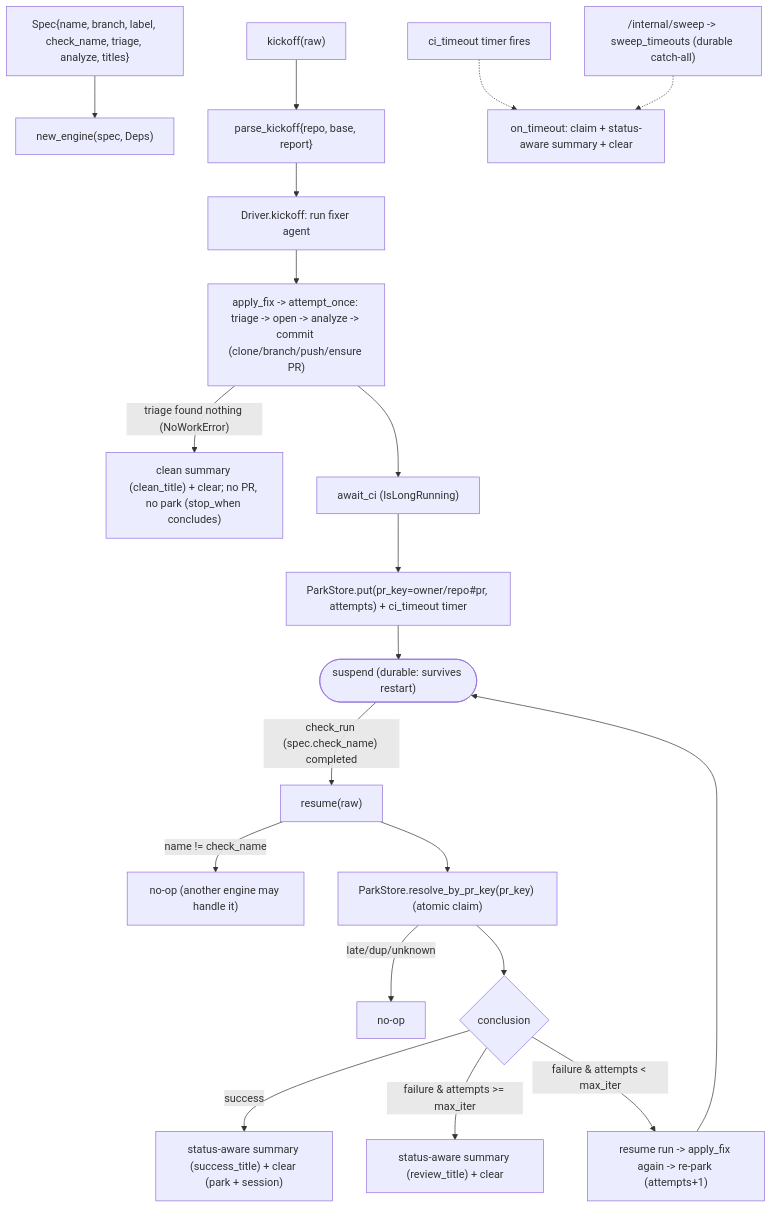
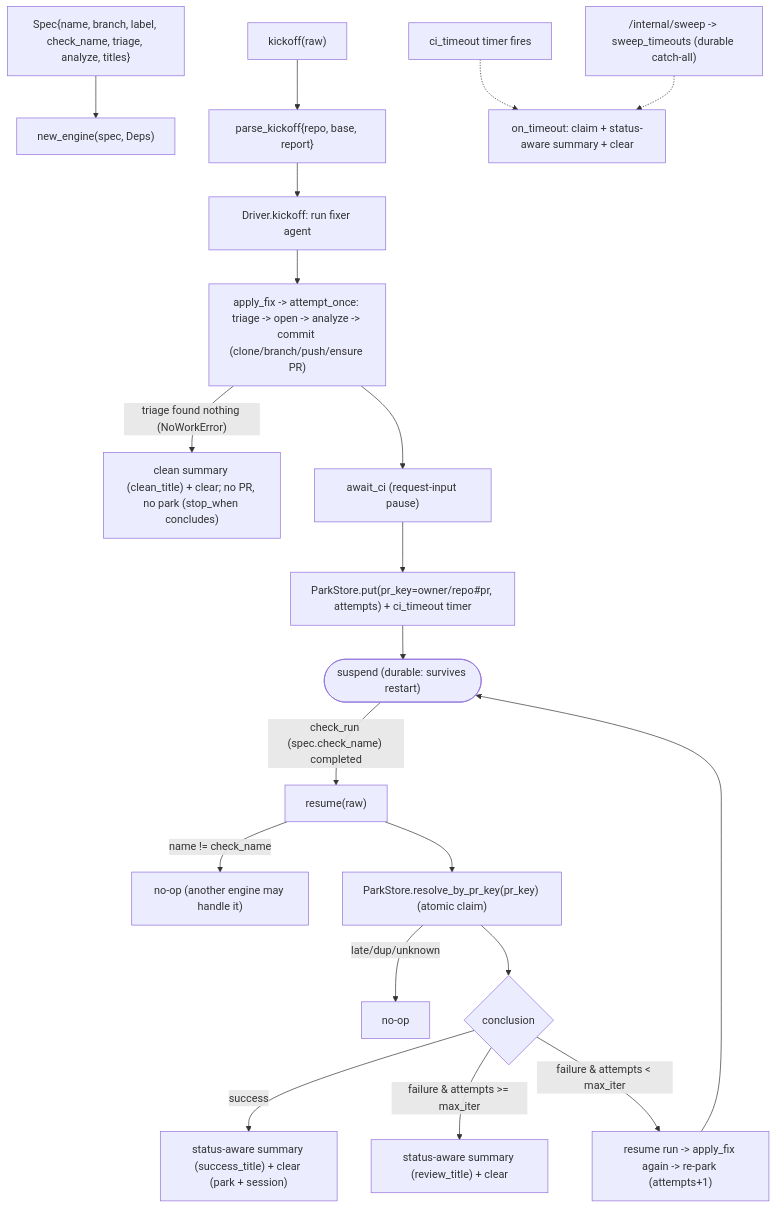
One commit to jkjamies/automation-agent changed the diagram in python/automation_agent/agent/fixflow/AGENTS.md. Above: the diagram before and after it, drawn with Mermaid. The commit also changed other lines of this file and 5 other files, not shown here.

````diff
--- a/python/automation_agent/agent/fixflow/AGENTS.md
+++ b/python/automation_agent/agent/fixflow/AGENTS.md
@@ -31,23 +31,23 @@
 ```mermaid
 flowchart TD
     Spec["Spec{name, branch, label, check_name, triage, analyze, titles}"] --> E["new_engine(spec, Deps)"]
     K["kickoff(raw)"] --> KP["parse_kickoff{repo, base, report}"]
     KP --> DK["Driver.kickoff: run fixer agent"]
     DK --> AF["apply_fix -> attempt_once: triage -> open -> analyze -> commit (clone/branch/push/ensure PR)"]
     AF -->|"triage found nothing (NoWorkError)"| CLN["clean summary (clean_title) + clear; no PR, no park (stop_when concludes)"]
-    AF --> AW["await_ci (IsLongRunning)"]
+    AF --> AW["await_ci (request-input pause)"]
     AW --> PK["ParkStore.put(pr_key=owner/repo#pr, attempts) + ci_timeout timer"]
     PK --> SUS(["suspend (durable: survives restart)"])
 
     SUS -->|"check_run (spec.check_name) completed"| R["resume(raw)"]
     R -->|"name != check_name"| NO["no-op (another engine may handle it)"]
     R --> RES["ParkStore.resolve_by_pr_key(pr_key) (atomic claim)"]
     RES -->|"late/dup/unknown"| NO2["no-op"]
     RES --> C{conclusion}
     C -->|success| OK["status-aware summary (success_title) + clear (park + session)"]
     C -->|failure & attempts >= max_iter| HRV["status-aware summary (review_title) + clear"]
     C -->|failure & attempts < max_iter| RT["resume run -> apply_fix again -> re-park (attempts+1)"]
     RT --> SUS
     TO["ci_timeout timer fires"] -.-> TON["on_timeout: claim + status-aware summary + clear"]
     SW["/internal/sweep -> sweep_timeouts (durable catch-all)"] -.-> TON
 ```
````
